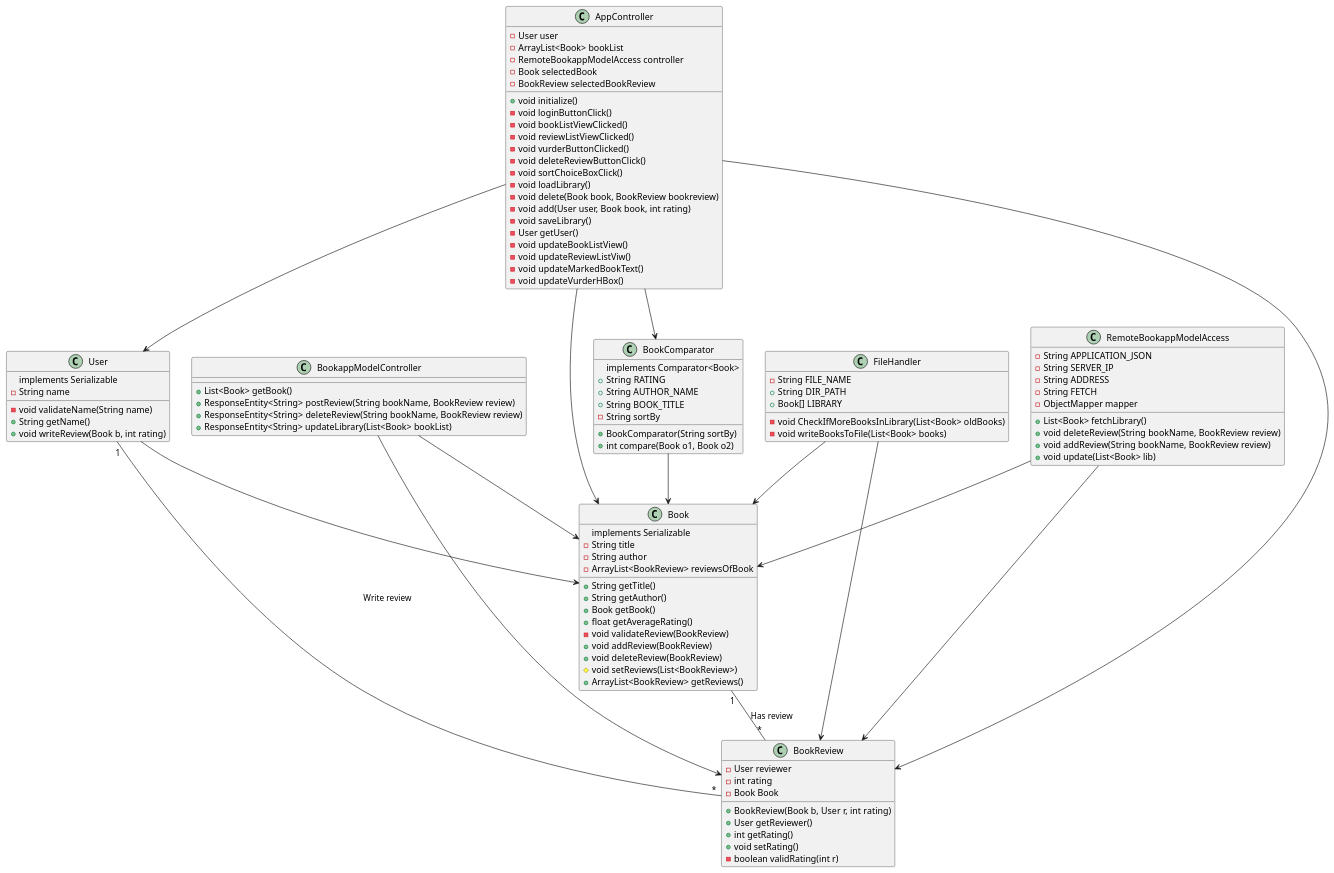
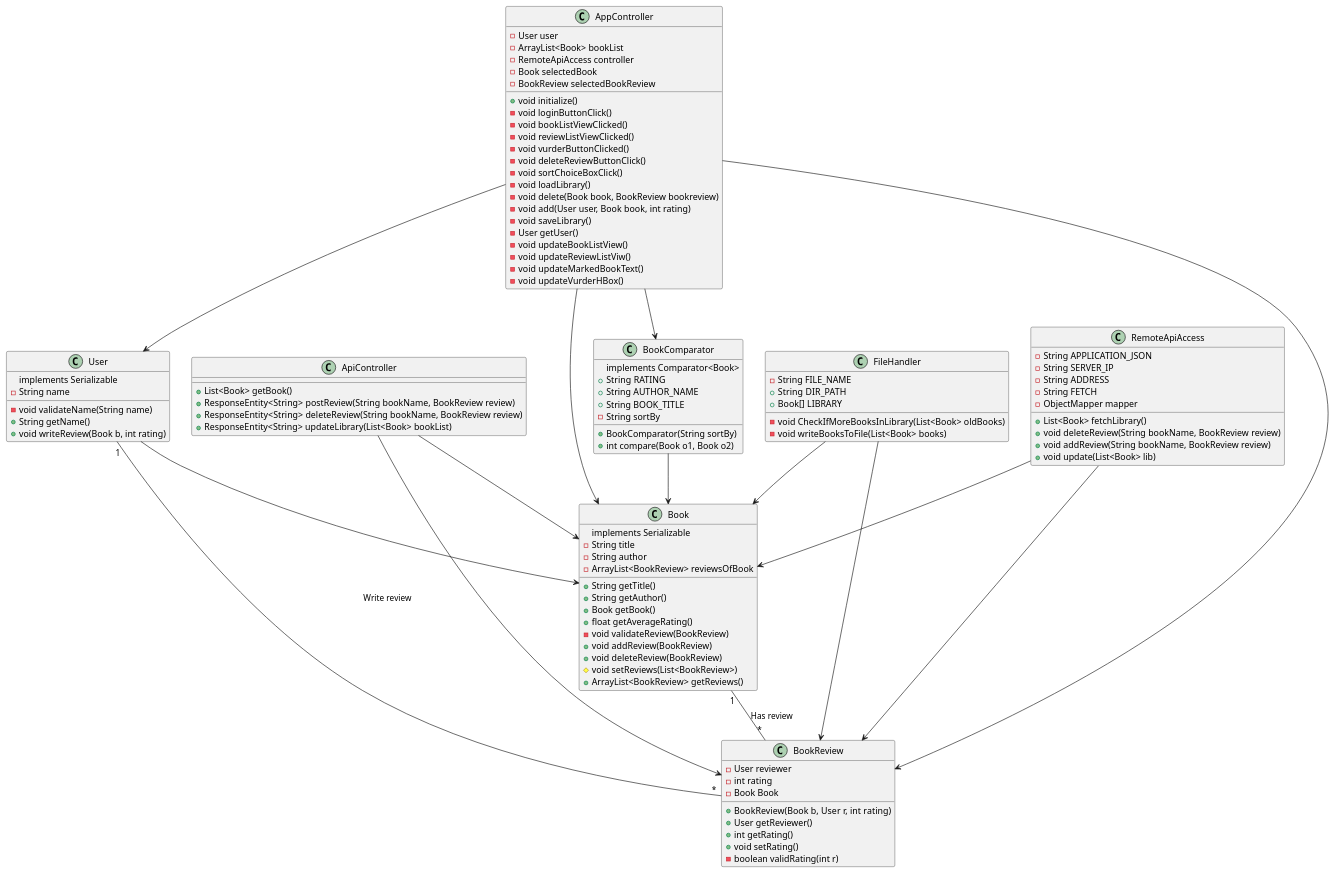
One commit to emillub/IT1901_Informatikk_Prosjektarbeid changed the diagram in docs/UML/classDiagram.plantuml. Above: the diagram before and after it, drawn with PlantUML. The commit also changed 10 other files, not shown here.

```diff
--- a/docs/UML/classDiagram.plantuml
+++ b/docs/UML/classDiagram.plantuml
@@ -1,120 +1,120 @@
 @startuml
 
 class Book {
     implements Serializable
     -String title
     -String author
     -ArrayList<BookReview> reviewsOfBook
 
     +String getTitle()
     +String getAuthor()
     +Book getBook()
     +float getAverageRating()
     -void validateReview(BookReview)
     +void addReview(BookReview)
     +void deleteReview(BookReview)
     #void setReviews(List<BookReview>)
     +ArrayList<BookReview> getReviews()
 }
 
 class BookComparator {
     implements Comparator<Book>
     +String RATING 
     +String AUTHOR_NAME
     +String BOOK_TITLE
     -String sortBy
 
     +BookComparator(String sortBy)
     +int compare(Book o1, Book o2)
 }
 
 class BookReview {
     -User reviewer
     -int rating 
     -Book Book
 
     +BookReview(Book b, User r, int rating)
     +User getReviewer()
     +int getRating()
     +void setRating()
     -boolean validRating(int r)
 }
 
 class User {
     implements Serializable
     -String name
     -void validateName(String name) 
     +String getName()
     +void writeReview(Book b, int rating)
 }
 
 class AppController {
     -User user 
     -ArrayList<Book> bookList
-    -RemoteBookappModelAccess controller 
+    -RemoteApiAccess controller 
     -Book selectedBook 
     -BookReview selectedBookReview
 
     +void initialize()
     -void loginButtonClick()
     -void bookListViewClicked()
     -void reviewListViewClicked()
     -void vurderButtonClicked()
     -void deleteReviewButtonClick()
     -void sortChoiceBoxClick()
     -void loadLibrary()
     -void delete(Book book, BookReview bookreview)
     -void add(User user, Book book, int rating)
     -void saveLibrary()
     -User getUser()
     -void updateBookListView()
     -void updateReviewListViw()
     -void updateMarkedBookText()
     -void updateVurderHBox()
 }
 
-class RemoteBookappModelAccess {
+class RemoteApiAccess {
     -String APPLICATION_JSON
     -String SERVER_IP
     -String ADDRESS
     -String FETCH 
     -ObjectMapper mapper
     +List<Book> fetchLibrary()
     +void deleteReview(String bookName, BookReview review)
     +void addReview(String bookName, BookReview review)
     +void update(List<Book> lib)
 }
 
-class BookappModelController {
+class ApiController {
     +List<Book> getBook()
     +ResponseEntity<String> postReview(String bookName, BookReview review)
     +ResponseEntity<String> deleteReview(String bookName, BookReview review)
     +ResponseEntity<String> updateLibrary(List<Book> bookList)
 }
 
 class FileHandler {
     -String FILE_NAME
     +String DIR_PATH
     +Book[] LIBRARY 
 
     -void CheckIfMoreBooksInLibrary(List<Book> oldBooks)
     -void writeBooksToFile(List<Book> books)
 }
 
 'Relationships'
 Book "1" -- "*" BookReview : Has review
 User "1" -- "*" BookReview : Write review
 BookComparator --> Book
 User --> Book
-RemoteBookappModelAccess --> Book
-BookappModelController --> Book
-BookappModelController --> BookReview
+RemoteApiAccess --> Book
+ApiController --> Book
+ApiController --> BookReview
 AppController --> Book
 AppController --> User
 AppController --> BookComparator
 AppController --> BookReview
 FileHandler --> Book
 FileHandler --> BookReview
-RemoteBookappModelAccess --> BookReview
+RemoteApiAccess --> BookReview
 
 @enduml
```
